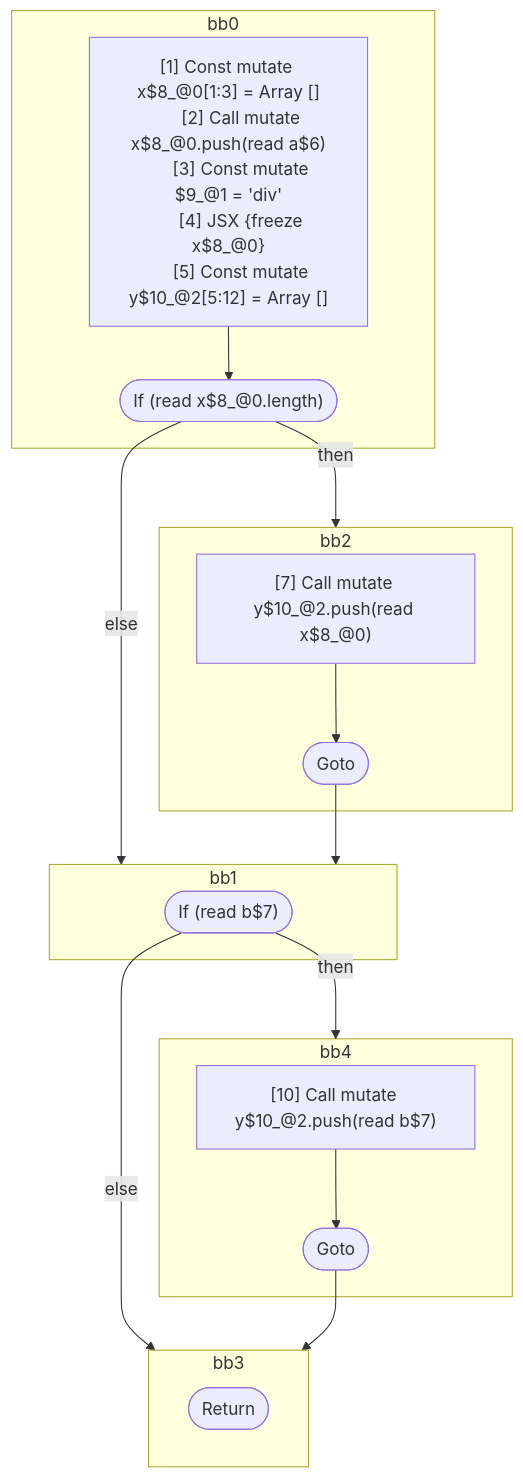
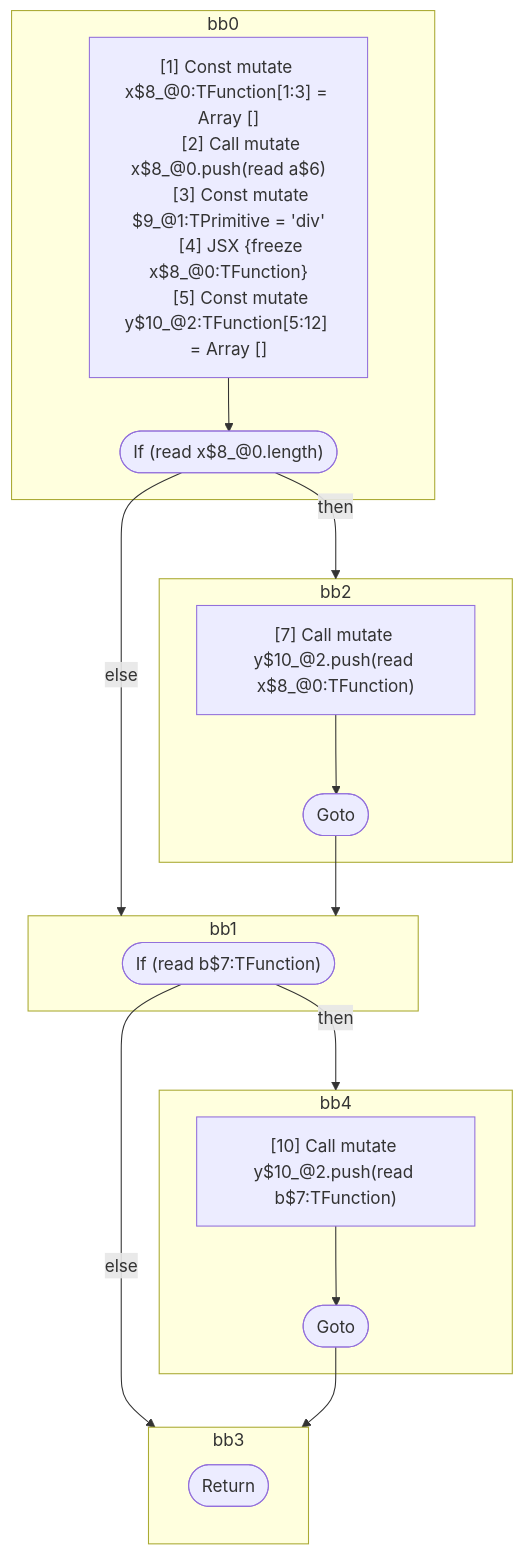
The diagram in compiler/forget/src/__tests__/fixtures/hir/dependencies-outputs.expect.md (wutsmog/private), drawn with Mermaid before and after one commit. The commit also changed other lines of this file and 112 other files, not shown here.

````diff
--- a/compiler/forget/src/__tests__/fixtures/hir/dependencies-outputs.expect.md
+++ b/compiler/forget/src/__tests__/fixtures/hir/dependencies-outputs.expect.md
@@ -85,41 +85,41 @@
 ```mermaid
 flowchart TB
   %% Basic Blocks
   subgraph bb0
     bb0_instrs["
-      [1] Const mutate x$8_@0[1:3] = Array []
+      [1] Const mutate x$8_@0:TFunction[1:3] = Array []
       [2] Call mutate x$8_@0.push(read a$6)
-      [3] Const mutate $9_@1 = 'div'
-      [4] JSX <read $9_@1>{freeze x$8_@0}</read $9_@1>
-      [5] Const mutate y$10_@2[5:12] = Array []
+      [3] Const mutate $9_@1:TPrimitive = 'div'
+      [4] JSX <read $9_@1:TPrimitive>{freeze x$8_@0:TFunction}</read $9_@1:TPrimitive>
+      [5] Const mutate y$10_@2:TFunction[5:12] = Array []
     "]
     bb0_instrs --> bb0_terminal(["If (read x$8_@0.length)"])
   end
   subgraph bb2
     bb2_instrs["
-      [7] Call mutate y$10_@2.push(read x$8_@0)
+      [7] Call mutate y$10_@2.push(read x$8_@0:TFunction)
     "]
     bb2_instrs --> bb2_terminal(["Goto"])
   end
   subgraph bb1
-    bb1_terminal(["If (read b$7)"])
+    bb1_terminal(["If (read b$7:TFunction)"])
   end
   subgraph bb4
     bb4_instrs["
-      [10] Call mutate y$10_@2.push(read b$7)
+      [10] Call mutate y$10_@2.push(read b$7:TFunction)
     "]
     bb4_instrs --> bb4_terminal(["Goto"])
   end
   subgraph bb3
     bb3_terminal(["Return"])
   end
 
   %% Jumps
   bb0_terminal -- "then" --> bb2
   bb0_terminal -- "else" --> bb1
   bb2_terminal --> bb1
   bb1_terminal -- "then" --> bb4
   bb1_terminal -- "else" --> bb3
   bb4_terminal --> bb3
 
 ```
````
